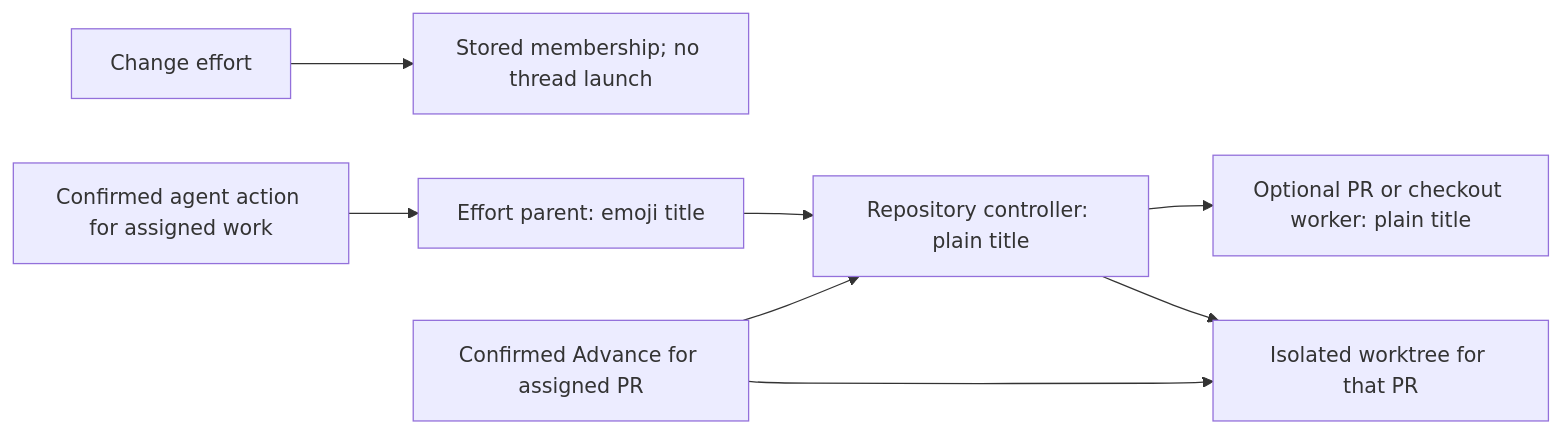
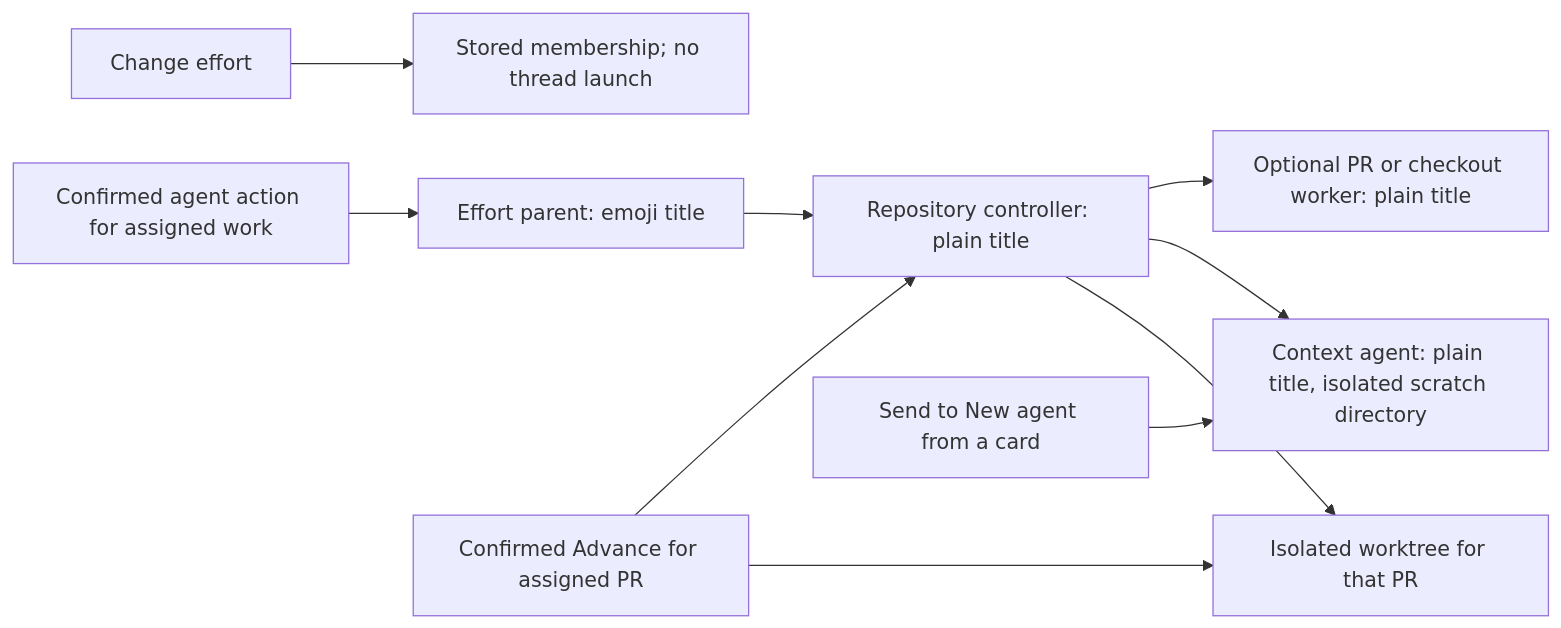
One commit to arashout/bb-plugins changed the second of 2 diagrams in plugins/workstreams/README.md. Above: the diagram before and after it, drawn with Mermaid. The commit also changed other lines of this file and 15 other files, not shown here.

````diff
--- a/plugins/workstreams/README.md
+++ b/plugins/workstreams/README.md
@@ -110,10 +110,12 @@
 ```mermaid
 flowchart LR
   change["Change effort"] --> stored["Stored membership; no thread launch"]
   action["Confirmed agent action for assigned work"] --> parent["Effort parent: emoji title"]
   parent --> controller["Repository controller: plain title"]
   controller --> worker["Optional PR or checkout worker: plain title"]
+  message["Send to New agent from a card"] --> context["Context agent: plain title, isolated scratch directory"]
+  controller --> context
   advance["Confirmed Advance for assigned PR"] --> controller
   advance --> workspace["Isolated worktree for that PR"]
   controller --> workspace
 ```
````
